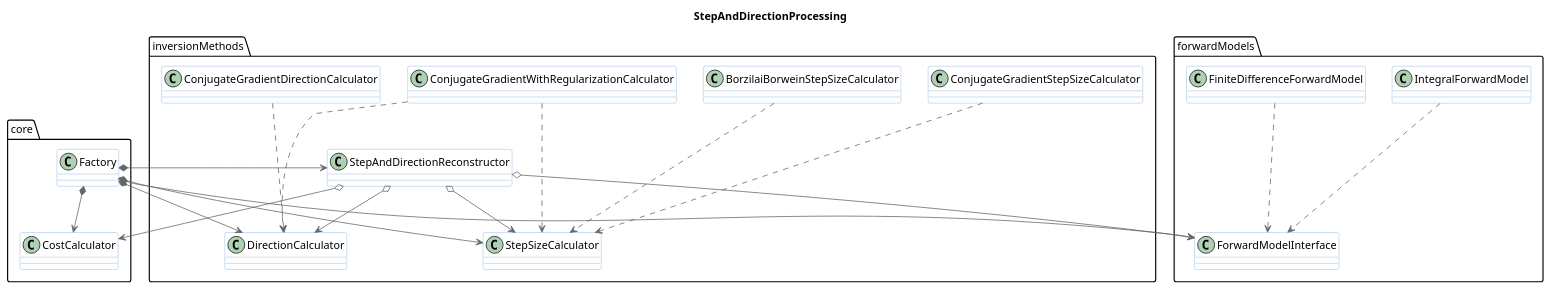
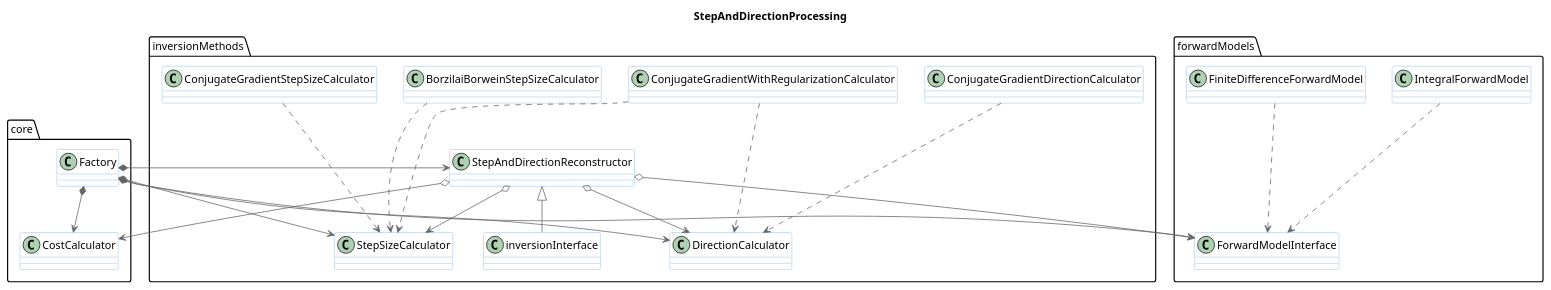
The diagram in doc/diagrams/StepAndDirectionProcessing.plantuml (ssathyadevan/fwi), drawn with PlantUML before and after one commit.

Commit message:
Task #15501: Diagram(s) has been updated.

```diff
--- a/doc/diagrams/StepAndDirectionProcessing.plantuml
+++ b/doc/diagrams/StepAndDirectionProcessing.plantuml
@@ -2,51 +2,53 @@
 @startuml StepAndDirectionProcessing
 !includeurl https://raw.githubusercontent.com/RicardoNiepel/C4-PlantUML/release/1-0/C4_Component.puml
 
 skinparam class {
     StereotypeFontColor ELEMENT_FONT_COLOR
     FontColor #000000
     BackgroundColor COMPONENT_BG_COLOR
     BorderColor #78A8D8
 }
 
 title StepAndDirectionProcessing
 
 set namespaceSeparator ::
 
 class core::Factory
 class core::CostCalculator
 
 class forwardModels::ForwardModelInterface
 class forwardModels::IntegralForwardModel
 class forwardModels::FiniteDifferenceForwardModel
 
 class inversionMethods::StepAndDirectionReconstructor
 class inversionMethods::DirectionCalculator
 class inversionMethods::StepSizeCalculator
+class inversionMethods::inversionInterface
 class inversionMethods::ConjugateGradientDirectionCalculator
 class inversionMethods::ConjugateGradientStepSizeCalculator
 class inversionMethods::BorzilaiBorweinStepSizeCalculator
 class inversionMethods::ConjugateGradientWithRegularizationCalculator
 
 core::Factory *--> inversionMethods::StepAndDirectionReconstructor
 core::Factory *--> forwardModels::ForwardModelInterface
 core::Factory *--> core::CostCalculator
 core::Factory *--> inversionMethods::DirectionCalculator
 core::Factory *--> inversionMethods::StepSizeCalculator
 
 forwardModels::IntegralForwardModel .--> forwardModels::ForwardModelInterface
 forwardModels::FiniteDifferenceForwardModel .--> forwardModels::ForwardModelInterface
 
+inversionMethods::StepAndDirectionReconstructor <|-- inversionMethods::inversionInterface
 inversionMethods::StepAndDirectionReconstructor o--> core::CostCalculator
 inversionMethods::StepAndDirectionReconstructor o--> forwardModels::ForwardModelInterface
 
 inversionMethods::StepAndDirectionReconstructor o--> inversionMethods::DirectionCalculator 
 inversionMethods::StepAndDirectionReconstructor o--> inversionMethods::StepSizeCalculator
 
 inversionMethods::ConjugateGradientDirectionCalculator .--> inversionMethods::DirectionCalculator
 inversionMethods::ConjugateGradientStepSizeCalculator .--> inversionMethods::StepSizeCalculator
 inversionMethods::BorzilaiBorweinStepSizeCalculator .--> inversionMethods::StepSizeCalculator
 
 inversionMethods::ConjugateGradientWithRegularizationCalculator .--> inversionMethods::DirectionCalculator
 inversionMethods::ConjugateGradientWithRegularizationCalculator .--> inversionMethods::StepSizeCalculator
 @enduml
```
